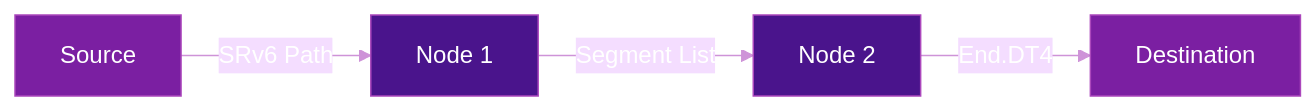
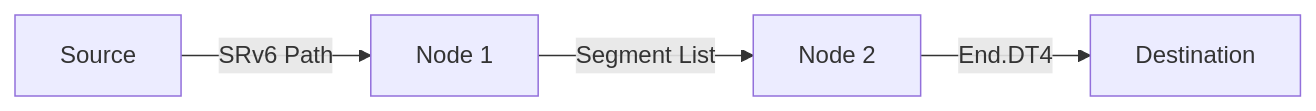
The diagram in docs/topics/what-is-srv6.md (eldaninavas/srv6.md), drawn with Mermaid before and after one commit. The commit also changed 29 other files, not shown here.

First line of the commit message:
fix(mermaid): apply theme-aware colors site-wide

````diff
--- a/docs/topics/what-is-srv6.md
+++ b/docs/topics/what-is-srv6.md
@@ -21,11 +21,6 @@
 ```mermaid
-%%{init: {"theme": "base", "themeVariables": {"primaryTextColor": "#fff", "lineColor": "#ce93d8", "textColor": "#fff"}}}%%
 graph LR
     A[Source] -->|SRv6 Path| B[Node 1]
     B -->|Segment List| C[Node 2]
     C -->|End.DT4| D[Destination]
-    style A fill:#7b1fa2,color:#fff,stroke:#ab47bc
-    style B fill:#4a148c,color:#fff,stroke:#ab47bc
-    style C fill:#4a148c,color:#fff,stroke:#ab47bc
-    style D fill:#7b1fa2,color:#fff,stroke:#ab47bc
 ```
````
